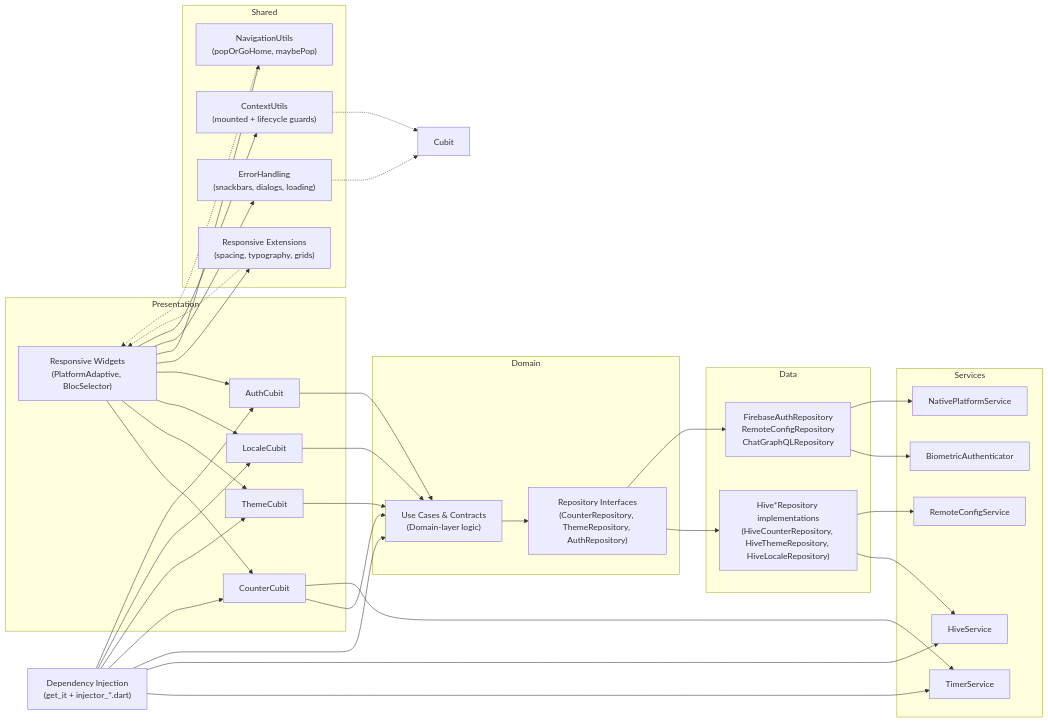
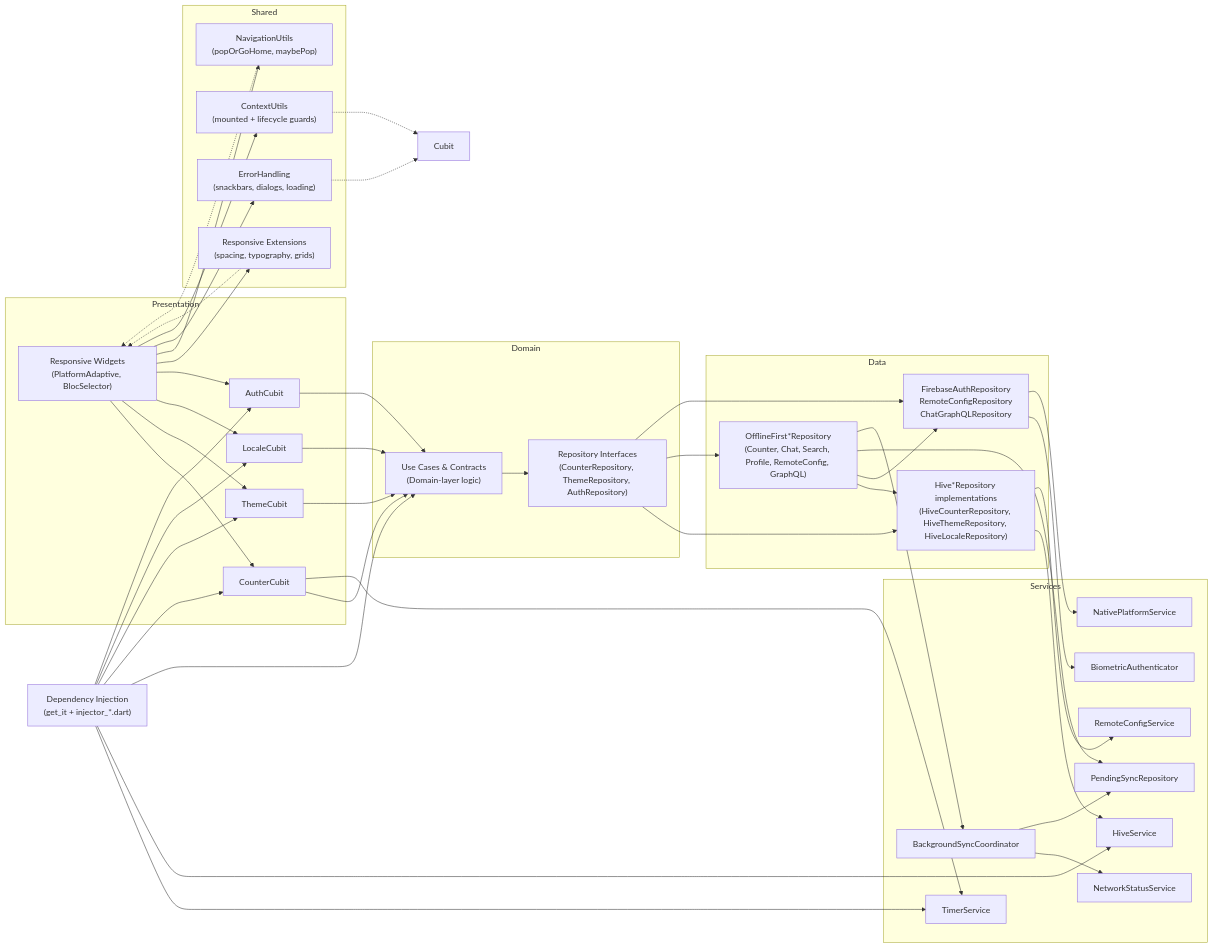
The first of 2 diagrams in README.md (redjadet/flutter_bloc_app), drawn with Mermaid before and after one commit. The commit also changed other lines of this file and 11 other files, not shown here.

First line of the commit message:
Enhance offline-first architecture and documentation

````diff
--- a/README.md
+++ b/README.md
@@ -183,70 +191,81 @@
 ```mermaid
 flowchart LR
   subgraph Presentation
     Widgets["Responsive Widgets<br/>(PlatformAdaptive, BlocSelector)"]
     CounterCubit
     ThemeCubit
     LocaleCubit
     AuthCubit
   end
 
   subgraph Domain
     UseCases["Use Cases & Contracts<br/>(Domain-layer logic)"]
     Repositories["Repository Interfaces<br/>(CounterRepository, ThemeRepository, AuthRepository)"]
   end
 
   subgraph Data
     HiveRepos["Hive*Repository implementations<br/>(HiveCounterRepository, HiveThemeRepository, HiveLocaleRepository)"]
+    OfflineFirstRepos["OfflineFirst*Repository<br/>(Counter, Chat, Search, Profile, RemoteConfig, GraphQL)"]
     NetworkRepos["FirebaseAuthRepository<br/>RemoteConfigRepository<br/>ChatGraphQLRepository"]
   end
 
   subgraph Services
     TimerService
     HiveService
     BiometricAuthenticator
     NativePlatformService
     RemoteConfigService
+    BackgroundSyncCoordinator
+    NetworkStatusService
+    PendingSyncRepository
   end
 
   Injector["Dependency Injection<br/>(get_it + injector_*.dart)"]
 
   subgraph Shared
     ResponsiveExt["Responsive Extensions<br/>(spacing, typography, grids)"]
     ContextUtilsNode["ContextUtils<br/>(mounted + lifecycle guards)"]
     NavigationUtilsNode["NavigationUtils<br/>(popOrGoHome, maybePop)"]
     ErrorHandlingNode["ErrorHandling<br/>(snackbars, dialogs, loading)"]
   end
 
   Widgets --> CounterCubit
   Widgets --> ThemeCubit
   Widgets --> LocaleCubit
   Widgets --> AuthCubit
   Widgets --> ResponsiveExt
   Widgets --> NavigationUtilsNode
   Widgets --> ErrorHandlingNode
   Widgets --> ContextUtilsNode
   CounterCubit --> UseCases
   ThemeCubit --> UseCases
   LocaleCubit --> UseCases
   AuthCubit --> UseCases
   UseCases --> Repositories
   Repositories --> HiveRepos
+  Repositories --> OfflineFirstRepos
   Repositories --> NetworkRepos
   HiveRepos --> HiveService
+  OfflineFirstRepos --> HiveRepos
+  OfflineFirstRepos --> NetworkRepos
+  OfflineFirstRepos --> PendingSyncRepository
+  OfflineFirstRepos --> BackgroundSyncCoordinator
+  BackgroundSyncCoordinator --> NetworkStatusService
+  BackgroundSyncCoordinator --> PendingSyncRepository
   HiveRepos --> RemoteConfigService
   NetworkRepos --> BiometricAuthenticator
   NetworkRepos --> NativePlatformService
   CounterCubit --> TimerService
   Injector --> CounterCubit
   Injector --> ThemeCubit
   Injector --> LocaleCubit
   Injector --> AuthCubit
   Injector --> TimerService
   Injector --> HiveService
   Injector --> UseCases
 
   ContextUtilsNode -.-> Cubit
   ErrorHandlingNode -.-> Cubit
   NavigationUtilsNode -.-> Widgets
   ResponsiveExt -.-> Widgets
 ```
````
